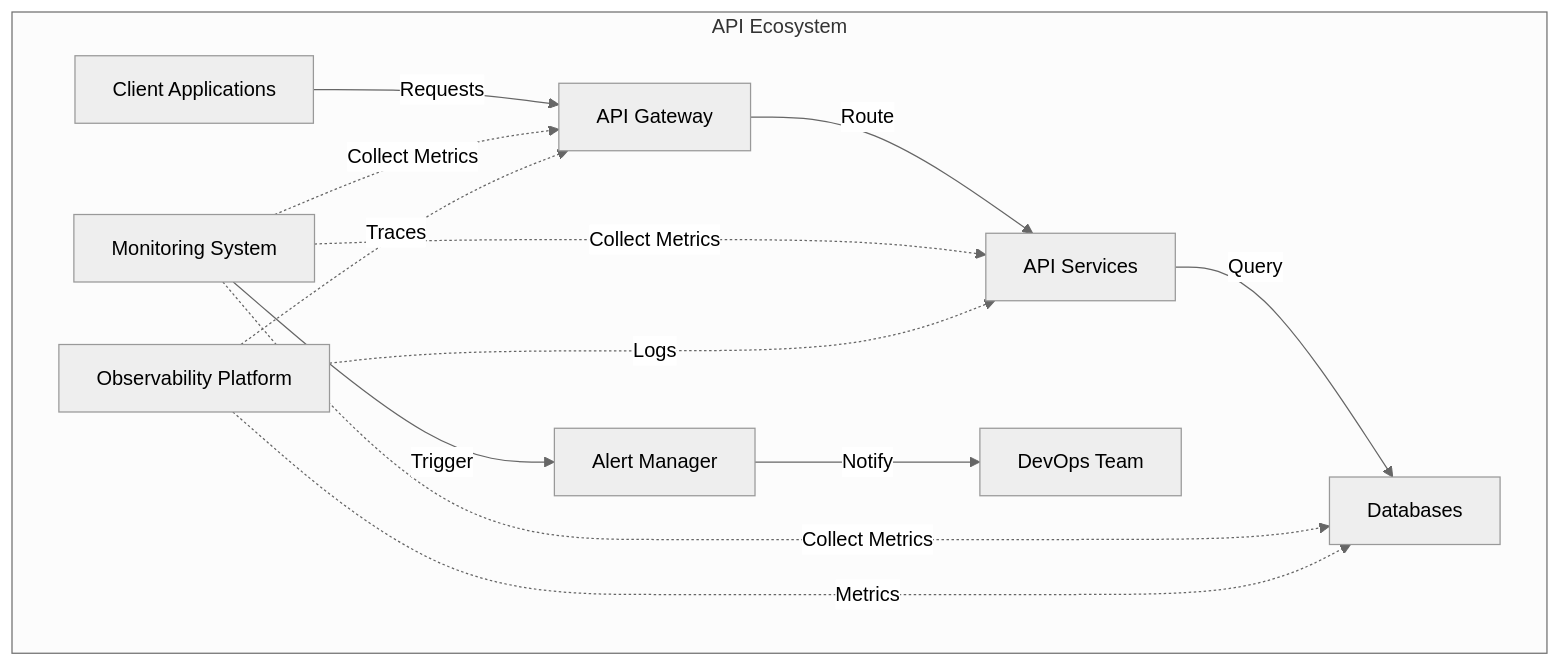
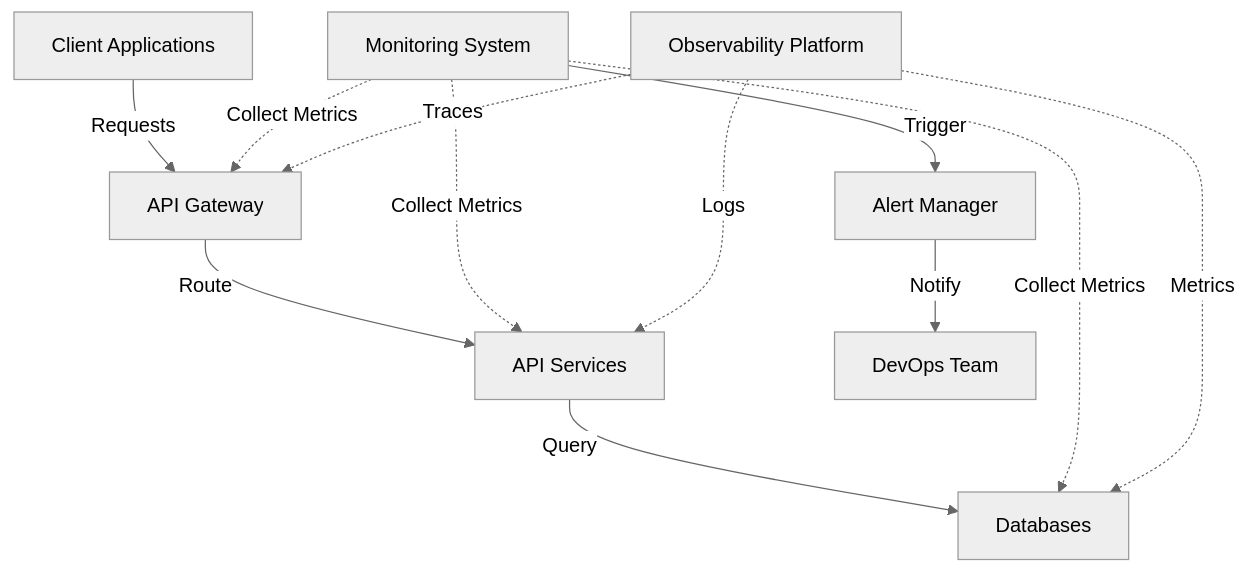
The first of 5 diagrams in slides copy.md (luqmanbello/api-connect-slide), drawn with Mermaid before and after one commit. The commit also changed other lines of this file and 4 other files, not shown here.

````diff
--- a/slides copy.md
+++ b/slides copy.md
@@ -54,20 +54,15 @@
 ```mermaid
 %%{init: {'theme': 'neutral'}}%%
 graph TB
-    subgraph "API Ecosystem"
-        A[Client Applications] -->|Requests| B[API Gateway]
-        B -->|Route| C[API Services]
-        C -->|Query| D[Databases]
-        
-        M[Monitoring System] -.->|Collect Metrics| B
-        M -.->|Collect Metrics| C
-        M -.->|Collect Metrics| D
-        
-        O[Observability Platform] -.->|Traces| B
-        O -.->|Logs| C
-        O -.->|Metrics| D
-        
-        AL[Alert Manager] -->|Notify| T[DevOps Team]
-        M -->|Trigger| AL
-    end
+    A[Client Applications] -->|Requests| B[API Gateway]
+    B -->|Route| C[API Services]
+    C -->|Query| D[Databases]
+    M[Monitoring System] -.->|Collect Metrics| B
+    M -.->|Collect Metrics| C
+    M -.->|Collect Metrics| D
+    O[Observability Platform] -.->|Traces| B
+    O -.->|Logs| C
+    O -.->|Metrics| D
+    AL[Alert Manager] -->|Notify| T[DevOps Team]
+    M -->|Trigger| AL
 ```
````
